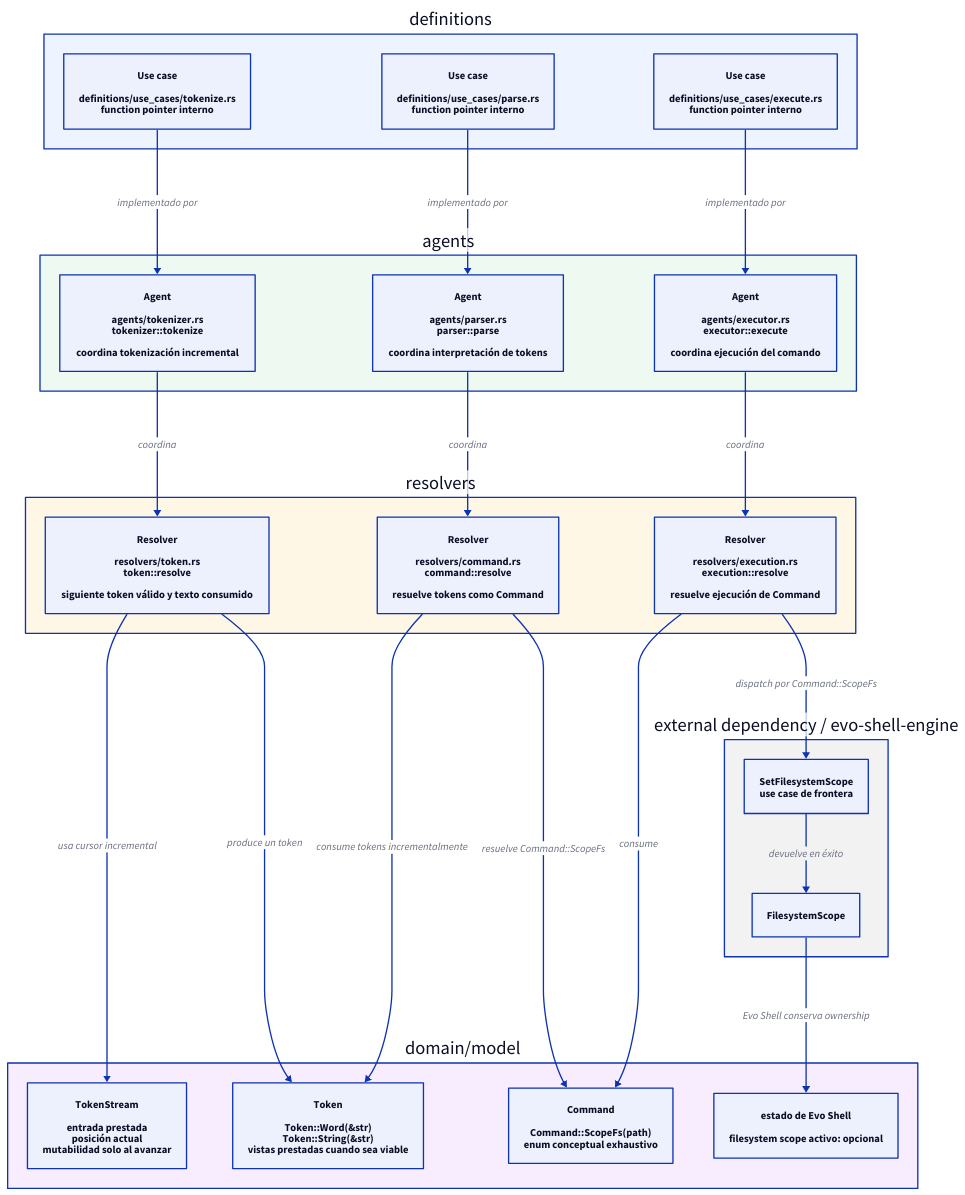
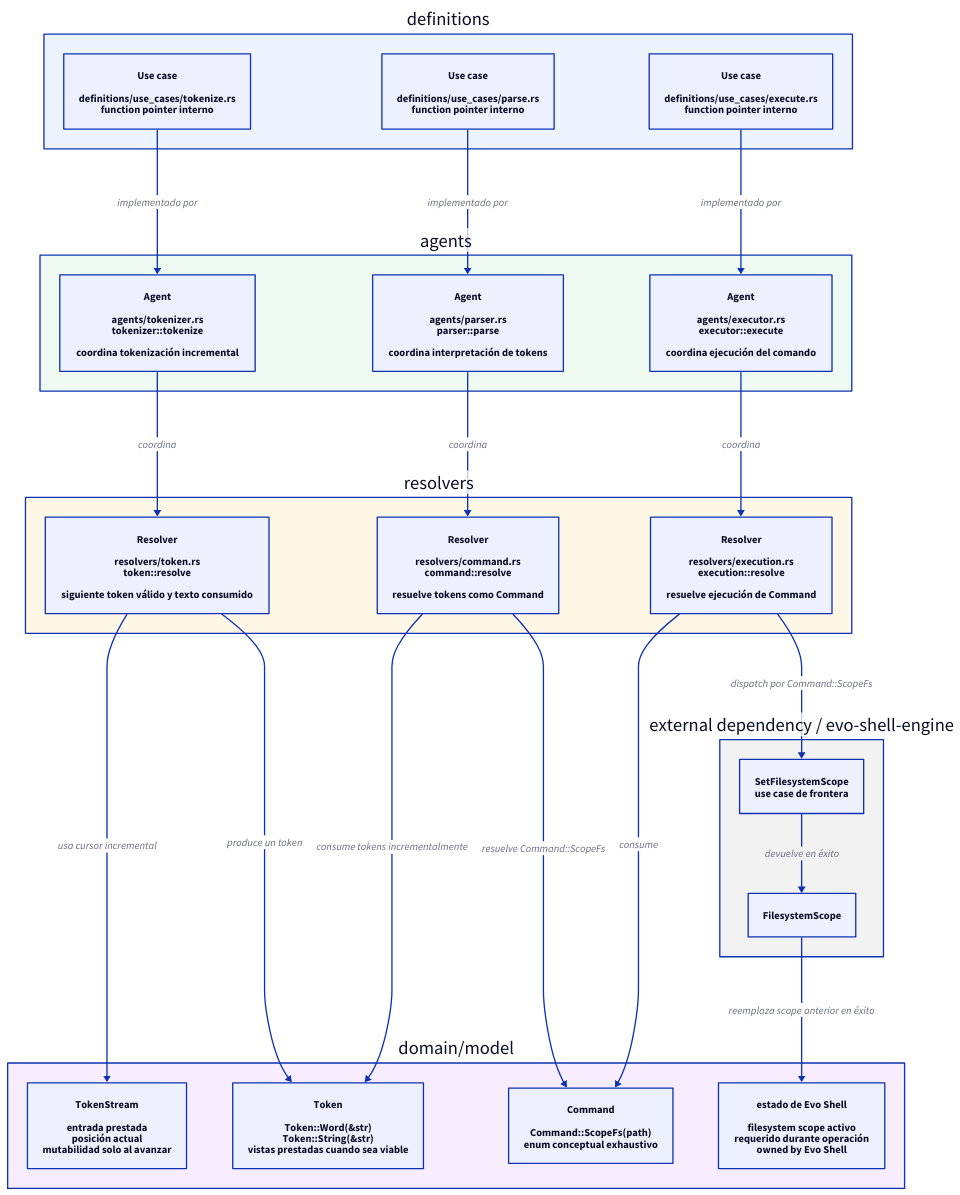
The diagram in evo-shell/technical_documentation/use_cases/UC-001-set-filesystem-scope-command/architecture.d2 (niqel/evolution), drawn with D2 before and after one commit. The commit also changed 13 other files, not shown here.

Commit message:
docs: require initial filesystem scope

```diff
--- a/evo-shell/technical_documentation/use_cases/UC-001-set-filesystem-scope-command/architecture.d2
+++ b/evo-shell/technical_documentation/use_cases/UC-001-set-filesystem-scope-command/architecture.d2
@@ -1,98 +1,98 @@
 direction: down
 
 definitions: "definitions" {
   style.fill: "#edf4ff"
 
   tokenize: "Use case\n\ndefinitions/use_cases/tokenize.rs\nfunction pointer interno" {
     shape: rectangle
   }
 
   parse: "Use case\n\ndefinitions/use_cases/parse.rs\nfunction pointer interno" {
     shape: rectangle
   }
 
   execute: "Use case\n\ndefinitions/use_cases/execute.rs\nfunction pointer interno" {
     shape: rectangle
   }
 }
 
 agents: "agents" {
   style.fill: "#eefaf1"
 
   tokenizer: "Agent\n\nagents/tokenizer.rs\ntokenizer::tokenize\n\ncoordina tokenización incremental" {
     shape: rectangle
   }
 
   parser: "Agent\n\nagents/parser.rs\nparser::parse\n\ncoordina interpretación de tokens" {
     shape: rectangle
   }
 
   executor: "Agent\n\nagents/executor.rs\nexecutor::execute\n\ncoordina ejecución del comando" {
     shape: rectangle
   }
 }
 
 resolvers: "resolvers" {
   style.fill: "#fff7e6"
 
   token: "Resolver\n\nresolvers/token.rs\ntoken::resolve\n\nsiguiente token válido y texto consumido" {
     shape: rectangle
   }
 
   command: "Resolver\n\nresolvers/command.rs\ncommand::resolve\n\nresuelve tokens como Command" {
     shape: rectangle
   }
 
   execution: "Resolver\n\nresolvers/execution.rs\nexecution::resolve\n\nresuelve ejecución de Command" {
     shape: rectangle
   }
 }
 
 domain: "domain/model" {
   style.fill: "#f7edff"
 
   token_stream: "TokenStream\n\nentrada prestada\nposición actual\nmutabilidad solo al avanzar" {
     shape: rectangle
   }
 
   token_model: "Token\n\nToken::Word(&str)\nToken::String(&str)\nvistas prestadas cuando sea viable" {
     shape: rectangle
   }
 
   command_model: "Command\n\nCommand::ScopeFs(path)\nenum conceptual exhaustivo" {
     shape: rectangle
   }
 
-  shell_state: "estado de Evo Shell\n\nfilesystem scope activo: opcional" {
+  shell_state: "estado de Evo Shell\n\nfilesystem scope activo\nrequerido durante operación\nowned by Evo Shell" {
     shape: rectangle
   }
 }
 
 external: "external dependency / evo-shell-engine" {
   style.fill: "#f2f2f2"
 
   set_filesystem_scope: "SetFilesystemScope\nuse case de frontera" {
     shape: rectangle
   }
 
   filesystem_scope: "FilesystemScope" {
     shape: rectangle
   }
 }
 
 definitions.tokenize -> agents.tokenizer: "implementado por"
 agents.tokenizer -> resolvers.token: "coordina"
 resolvers.token -> domain.token_stream: "usa cursor incremental"
 resolvers.token -> domain.token_model: "produce un token"
 
 definitions.parse -> agents.parser: "implementado por"
 agents.parser -> resolvers.command: "coordina"
 resolvers.command -> domain.token_model: "consume tokens incrementalmente"
 resolvers.command -> domain.command_model: "resuelve Command::ScopeFs"
 
 definitions.execute -> agents.executor: "implementado por"
 agents.executor -> resolvers.execution: "coordina"
 resolvers.execution -> domain.command_model: "consume"
 resolvers.execution -> external.set_filesystem_scope: "dispatch por Command::ScopeFs"
 external.set_filesystem_scope -> external.filesystem_scope: "devuelve en éxito"
-external.filesystem_scope -> domain.shell_state: "Evo Shell conserva ownership"
+external.filesystem_scope -> domain.shell_state: "reemplaza scope anterior en éxito"
```
